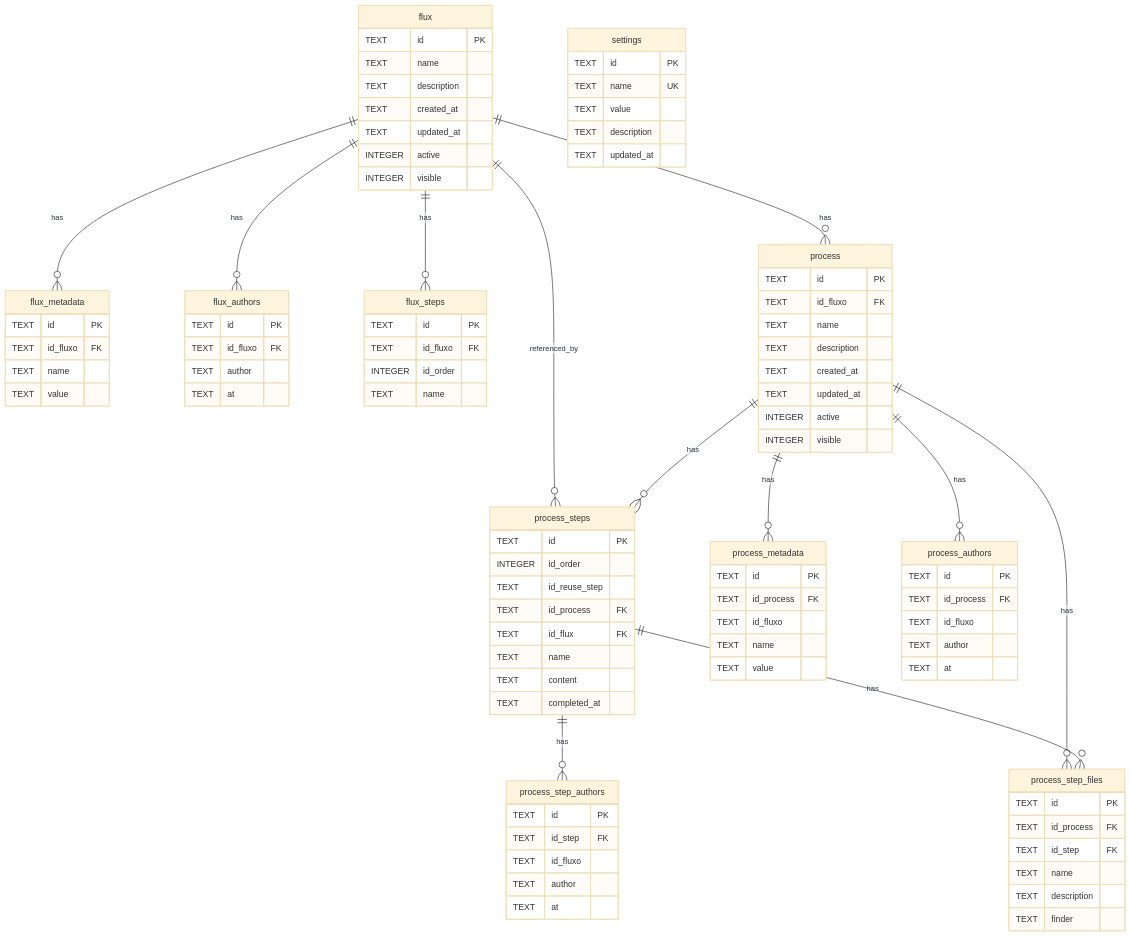
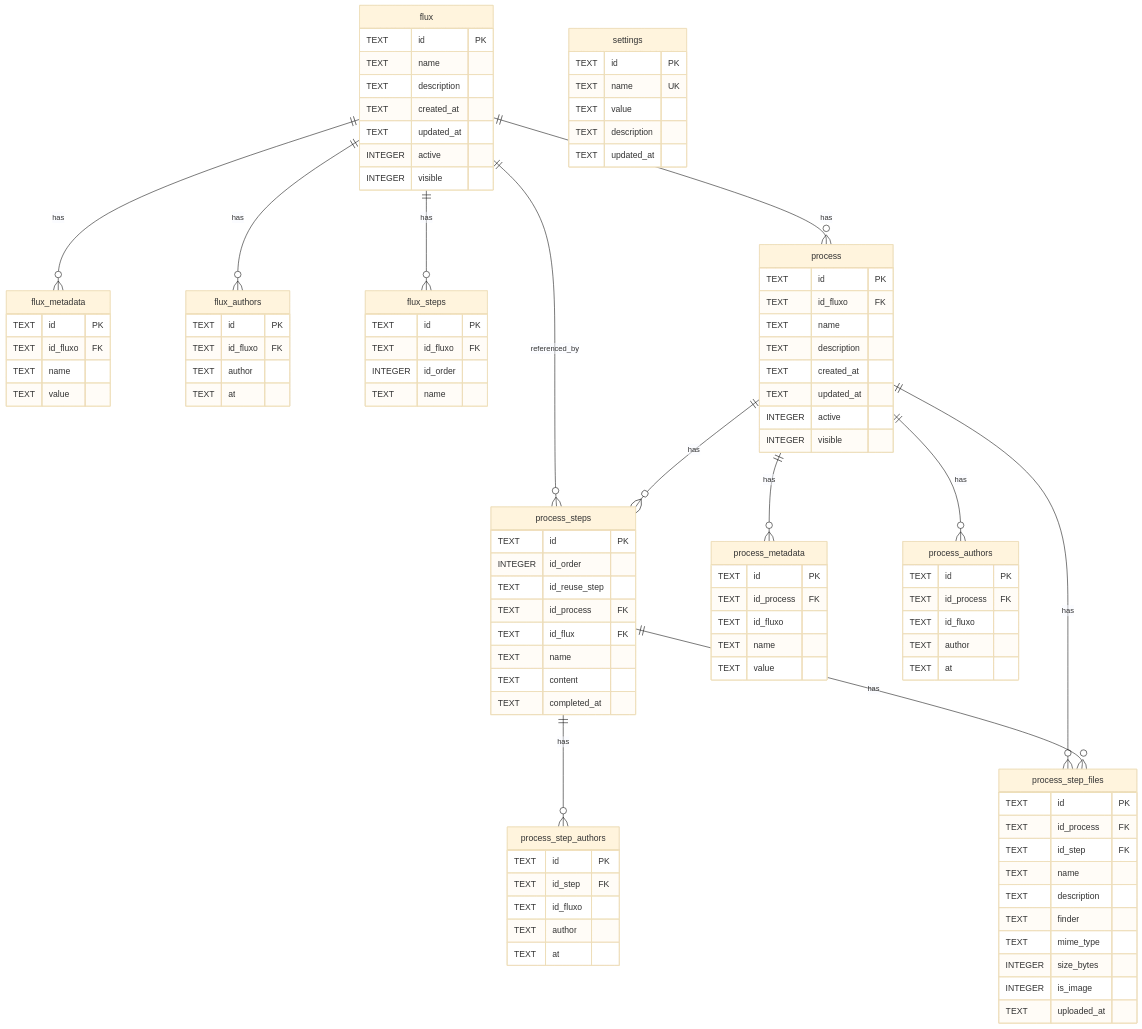
The first of 4 diagrams in schema.md (frkr/flower-audit), drawn with Mermaid (base theme) before and after one commit. The commit also changed other lines of this file and 29 other files, not shown here.

Commit message:
flow inicial 2

```diff
--- a/schema.md
+++ b/schema.md
@@ -92,12 +92,16 @@
         TEXT at
     }
     process_step_files {
-        TEXT id PK
-        TEXT id_process FK
-        TEXT id_step FK
-        TEXT name
-        TEXT description
-        TEXT finder
+        TEXT    id PK
+        TEXT    id_process FK
+        TEXT    id_step FK
+        TEXT    name
+        TEXT    description
+        TEXT    finder
+        TEXT    mime_type
+        INTEGER size_bytes
+        INTEGER is_image
+        TEXT    uploaded_at
     }
 
     settings {
```
